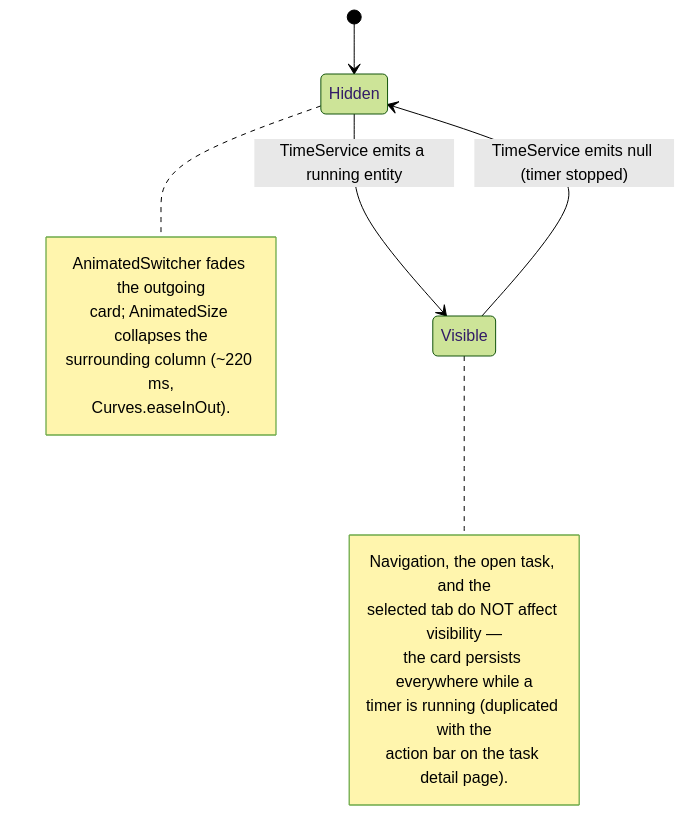
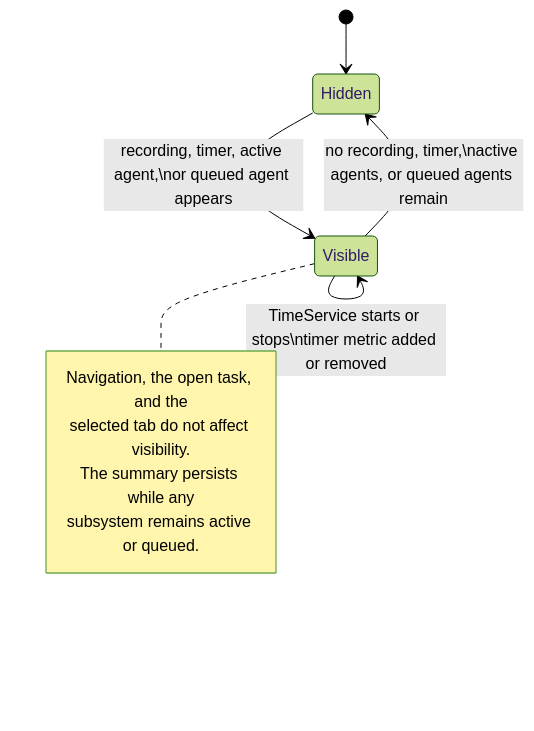
One commit to matthiasn/lotti changed the seventh of 17 diagrams in lib/features/tasks/README.md. Above: the diagram before and after it, drawn with Mermaid (forest theme). The commit also changed other lines of this file and 69 other files, not shown here.

````diff
--- a/lib/features/tasks/README.md
+++ b/lib/features/tasks/README.md
@@ -382,19 +392,13 @@
 ```mermaid
 stateDiagram-v2
     [*] --> Hidden
-    Hidden --> Visible: TimeService emits a running entity
-    Visible --> Hidden: TimeService emits null (timer stopped)
+    Hidden --> Visible: recording, timer, active agent,\nor queued agent appears
+    Visible --> Hidden: no recording, timer,\nactive agents, or queued agents remain
+    Visible --> Visible: TimeService starts or stops\ntimer metric added or removed
     note right of Visible
       Navigation, the open task, and the
-      selected tab do NOT affect visibility —
-      the card persists everywhere while a
-      timer is running (duplicated with the
-      action bar on the task detail page).
-    end note
-    note right of Hidden
-      AnimatedSwitcher fades the outgoing
-      card; AnimatedSize collapses the
-      surrounding column (~220 ms,
-      Curves.easeInOut).
+      selected tab do not affect visibility.
+      The summary persists while any
+      subsystem remains active or queued.
     end note
 ```
````
